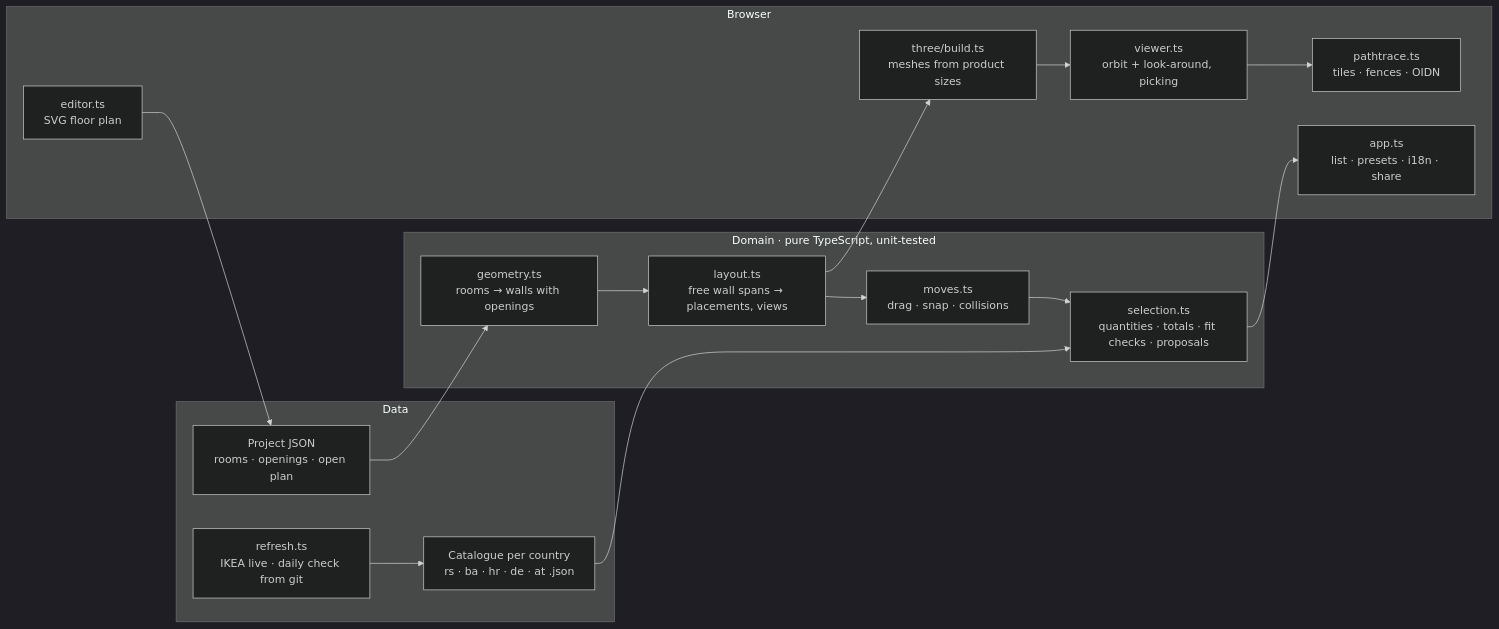
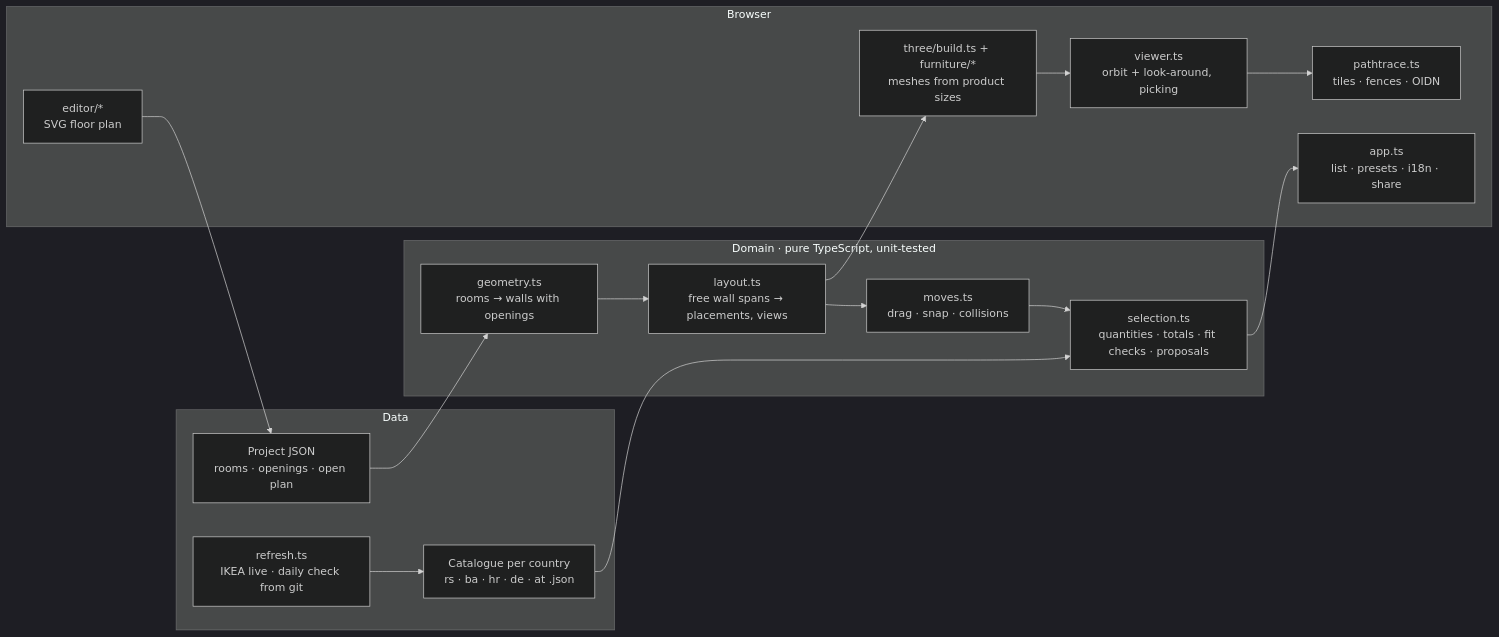
Before and after one commit to aco993/flatfit: the diagram in README.md, drawn with Mermaid (dark theme). The commit also changed other lines of this file and 23 other files, not shown here.

First line of the commit message:
Split the editor and the furniture builder; ADRs 6 and 7; Lighthouse in CI

````diff
--- a/README.md
+++ b/README.md
@@ -86,27 +86,27 @@
 ```mermaid
 flowchart LR
   subgraph data [Data]
     P[Project JSON<br/>rooms · openings · open plan] 
     C[Catalogue per country<br/>rs · ba · hr · de · at .json]
     R[refresh.ts<br/>IKEA live · daily check from git]
   end
   subgraph domain [Domain · pure TypeScript, unit-tested]
     G[geometry.ts<br/>rooms → walls with openings]
     L[layout.ts<br/>free wall spans → placements, views]
     S[selection.ts<br/>quantities · totals · fit checks · proposals]
     MV[moves.ts<br/>drag · snap · collisions]
   end
   subgraph ui [Browser]
-    B[three/build.ts<br/>meshes from product sizes]
+    B[three/build.ts + furniture/*<br/>meshes from product sizes]
     V[viewer.ts<br/>orbit + look-around, picking]
     PT[pathtrace.ts<br/>tiles · fences · OIDN]
-    E[editor.ts<br/>SVG floor plan]
+    E[editor/*<br/>SVG floor plan]
     A[app.ts<br/>list · presets · i18n · share]
   end
   P --> G --> L --> MV --> S
   C --> S
   R --> C
   L --> B --> V --> PT
   S --> A
   E --> P
 ```
````
